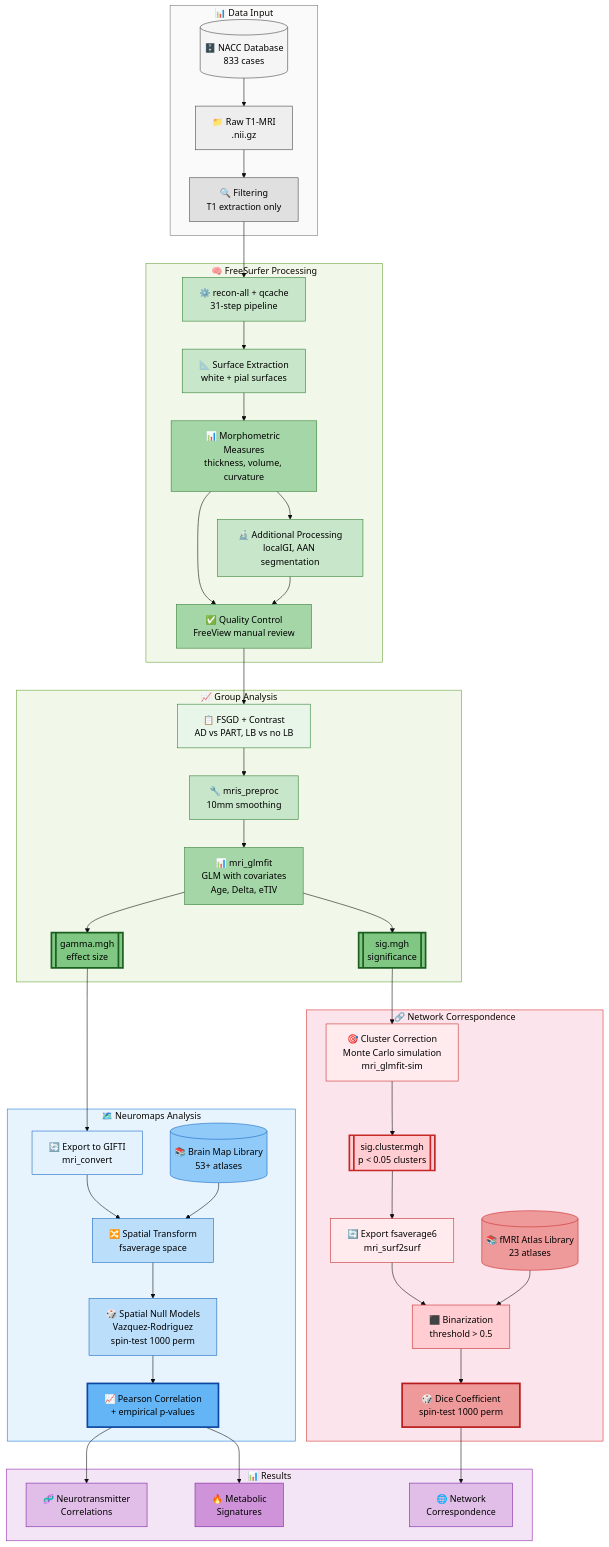
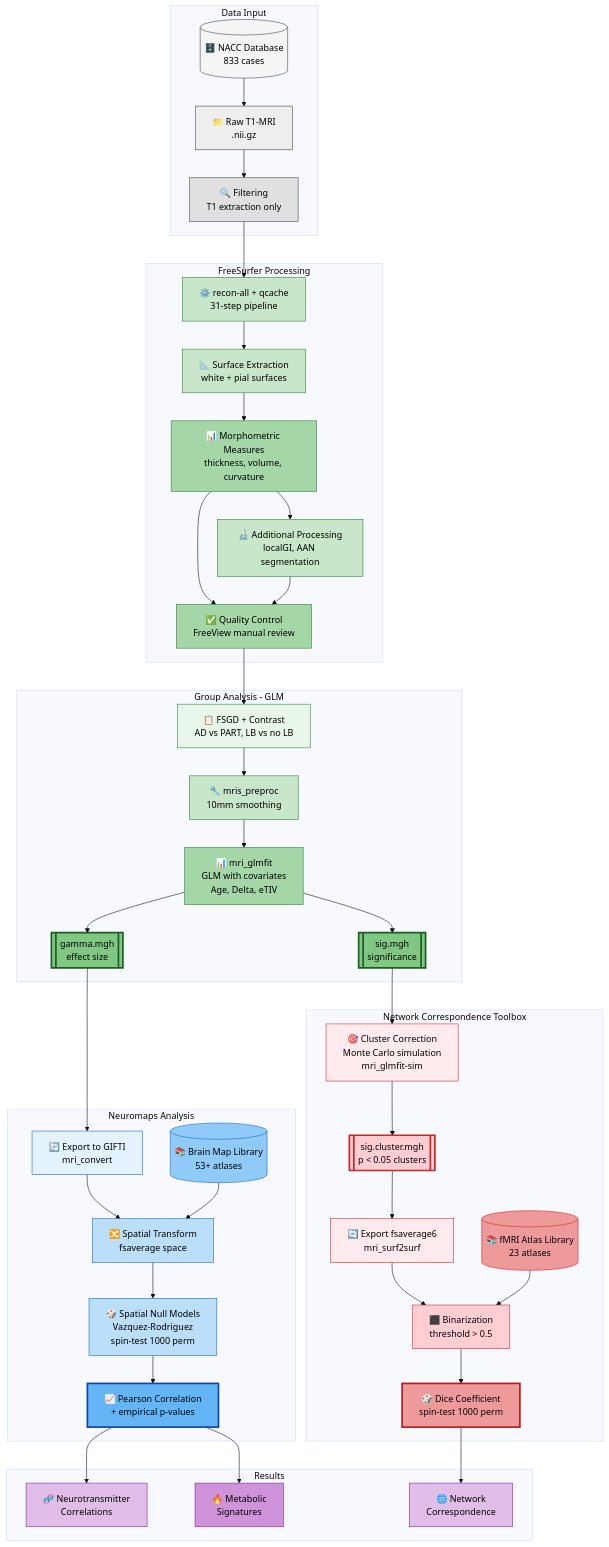
The diagram in README.md (luisAraujo11/Thesis), drawn with Mermaid (base theme) before and after one commit.

Commit message:
Final MD

````diff
--- a/README.md
+++ b/README.md
@@ -16,14 +16,14 @@
 ```mermaid
 flowchart TD
     %% ============ DATA INPUT ============
-    subgraph INPUT["📊 Data Input"]
+    subgraph INPUT["Data Input"]
         A1[("🗄️ NACC Database<br/>833 cases")]
         A2["📁 Raw T1-MRI<br/>.nii.gz"]
         A3["🔍 Filtering<br/>T1 extraction only"]
     end
     
     %% ============ FREESURFER PROCESSING ============
-    subgraph FS["🧠 FreeSurfer Processing"]
+    subgraph FS["FreeSurfer Processing"]
         B1["⚙️ recon-all + qcache<br/>31-step pipeline"]
         B2["📐 Surface Extraction<br/>white + pial surfaces"]
         B3["📊 Morphometric Measures<br/>thickness, volume, curvature"]
@@ -32,7 +32,7 @@
     end
     
     %% ============ GROUP ANALYSIS ============
-    subgraph GA["📈 Group Analysis"]
+    subgraph GA["Group Analysis - GLM"]
         C1["📋 FSGD + Contrast<br/>AD vs PART, LB vs no LB"]
         C2["🔧 mris_preproc<br/>10mm smoothing"]
         C3["📊 mri_glmfit<br/>GLM with covariates<br/>Age, Delta, eTIV"]
@@ -41,7 +41,7 @@
     end
     
     %% ============ NEUROMAPS BRANCH ============
-    subgraph NM["🗺️ Neuromaps Analysis"]
+    subgraph NM["Neuromaps Analysis"]
         D1["🔄 Export to GIFTI<br/>mri_convert"]
         D2["🔀 Spatial Transform<br/>fsaverage space"]
         D3[("📚 Brain Map Library<br/>53+ atlases")]
@@ -50,7 +50,7 @@
     end
     
     %% ============ NCT BRANCH ============
-    subgraph NCT["🔗 Network Correspondence"]
+    subgraph NCT["Network Correspondence Toolbox"]
         E1["🎯 Cluster Correction<br/>Monte Carlo simulation<br/>mri_glmfit-sim"]
         E2[["sig.cluster.mgh<br/>p < 0.05 clusters"]]
         E3["🔄 Export fsaverage6<br/>mri_surf2surf"]
@@ -60,7 +60,7 @@
     end
     
     %% ============ RESULTS ============
-    subgraph RES["📊 Results"]
+    subgraph RES["Results"]
         F1["🧬 Neurotransmitter<br/>Correlations"]
         F2["🔥 Metabolic<br/>Signatures"]
         F3["🌐 Network<br/>Correspondence"]
@@ -93,51 +93,43 @@
     D5 --> F2
     E6 --> F3
     
-    %% ============ STYLING - HIGH CONTRAST ============
-    %% Input - Light Gray with BLACK text
-    style A1 fill:#f5f5f5,stroke:#424242,color:#000000
-    style A2 fill:#eeeeee,stroke:#424242,color:#000000
-    style A3 fill:#e0e0e0,stroke:#424242,color:#000000
+    %% ============ STYLING - NODES ONLY ============
+    %% Input - Light Gray
+    style A1 fill:#f5f5f5,stroke:#424242,color:#000
+    style A2 fill:#eeeeee,stroke:#424242,color:#000
+    style A3 fill:#e0e0e0,stroke:#424242,color:#000
     
-    %% FreeSurfer - Light Green with BLACK text
-    style B1 fill:#c8e6c9,stroke:#2e7d32,color:#000000
-    style B2 fill:#c8e6c9,stroke:#2e7d32,color:#000000
-    style B3 fill:#a5d6a7,stroke:#2e7d32,color:#000000
-    style B4 fill:#c8e6c9,stroke:#2e7d32,color:#000000
-    style B5 fill:#a5d6a7,stroke:#2e7d32,color:#000000
+    %% FreeSurfer - Light Green
+    style B1 fill:#c8e6c9,stroke:#2e7d32,color:#000
+    style B2 fill:#c8e6c9,stroke:#2e7d32,color:#000
+    style B3 fill:#a5d6a7,stroke:#2e7d32,color:#000
+    style B4 fill:#c8e6c9,stroke:#2e7d32,color:#000
+    style B5 fill:#a5d6a7,stroke:#2e7d32,color:#000
     
-    %% Group Analysis - Light Green with BLACK text
-    style C1 fill:#e8f5e9,stroke:#2e7d32,color:#000000
-    style C2 fill:#c8e6c9,stroke:#2e7d32,color:#000000
-    style C3 fill:#a5d6a7,stroke:#2e7d32,color:#000000
-    style C4 fill:#81c784,stroke:#1b5e20,color:#000000,stroke-width:3px
-    style C5 fill:#81c784,stroke:#1b5e20,color:#000000,stroke-width:3px
+    %% Group Analysis - Light Green
+    style C1 fill:#e8f5e9,stroke:#2e7d32,color:#000
+    style C2 fill:#c8e6c9,stroke:#2e7d32,color:#000
+    style C3 fill:#a5d6a7,stroke:#2e7d32,color:#000
+    style C4 fill:#81c784,stroke:#1b5e20,color:#000,stroke-width:3px
+    style C5 fill:#81c784,stroke:#1b5e20,color:#000,stroke-width:3px
     
-    %% Neuromaps - Light Blue with BLACK text
-    style D1 fill:#e3f2fd,stroke:#1565c0,color:#000000
-    style D2 fill:#bbdefb,stroke:#1565c0,color:#000000
-    style D3 fill:#90caf9,stroke:#1565c0,color:#000000
-    style D4 fill:#bbdefb,stroke:#1565c0,color:#000000
-    style D5 fill:#64b5f6,stroke:#0d47a1,color:#000000,stroke-width:3px
+    %% Neuromaps - Light Blue
+    style D1 fill:#e3f2fd,stroke:#1565c0,color:#000
+    style D2 fill:#bbdefb,stroke:#1565c0,color:#000
+    style D3 fill:#90caf9,stroke:#1565c0,color:#000
+    style D4 fill:#bbdefb,stroke:#1565c0,color:#000
+    style D5 fill:#64b5f6,stroke:#0d47a1,color:#000,stroke-width:3px
     
-    %% NCT - Light Pink/Red with BLACK text
-    style E1 fill:#ffebee,stroke:#c62828,color:#000000
-    style E2 fill:#ffcdd2,stroke:#c62828,color:#000000,stroke-width:3px
-    style E3 fill:#ffebee,stroke:#c62828,color:#000000
-    style E4 fill:#ffcdd2,stroke:#c62828,color:#000000
-    style E5 fill:#ef9a9a,stroke:#c62828,color:#000000
-    style E6 fill:#ef9a9a,stroke:#b71c1c,color:#000000,stroke-width:3px
+    %% NCT - Light Pink/Red
+    style E1 fill:#ffebee,stroke:#c62828,color:#000
+    style E2 fill:#ffcdd2,stroke:#c62828,color:#000,stroke-width:3px
+    style E3 fill:#ffebee,stroke:#c62828,color:#000
+    style E4 fill:#ffcdd2,stroke:#c62828,color:#000
+    style E5 fill:#ef9a9a,stroke:#c62828,color:#000
+    style E6 fill:#ef9a9a,stroke:#b71c1c,color:#000,stroke-width:3px
     
-    %% Results - Light Purple with BLACK text
-    style F1 fill:#e1bee7,stroke:#7b1fa2,color:#000000
-    style F2 fill:#ce93d8,stroke:#7b1fa2,color:#000000
-    style F3 fill:#e1bee7,stroke:#7b1fa2,color:#000000
-    
-    %% Subgraph styling
-    style INPUT fill:#fafafa,stroke:#757575
-    style FS fill:#f1f8e9,stroke:#689f38
-    style GA fill:#f1f8e9,stroke:#689f38
-    style NM fill:#e8f4fd,stroke:#1976d2
-    style NCT fill:#fce4ec,stroke:#d32f2f
-    style RES fill:#f3e5f5,stroke:#8e24aa
+    %% Results - Light Purple
+    style F1 fill:#e1bee7,stroke:#7b1fa2,color:#000
+    style F2 fill:#ce93d8,stroke:#7b1fa2,color:#000
+    style F3 fill:#e1bee7,stroke:#7b1fa2,color:#000
 ```
````
